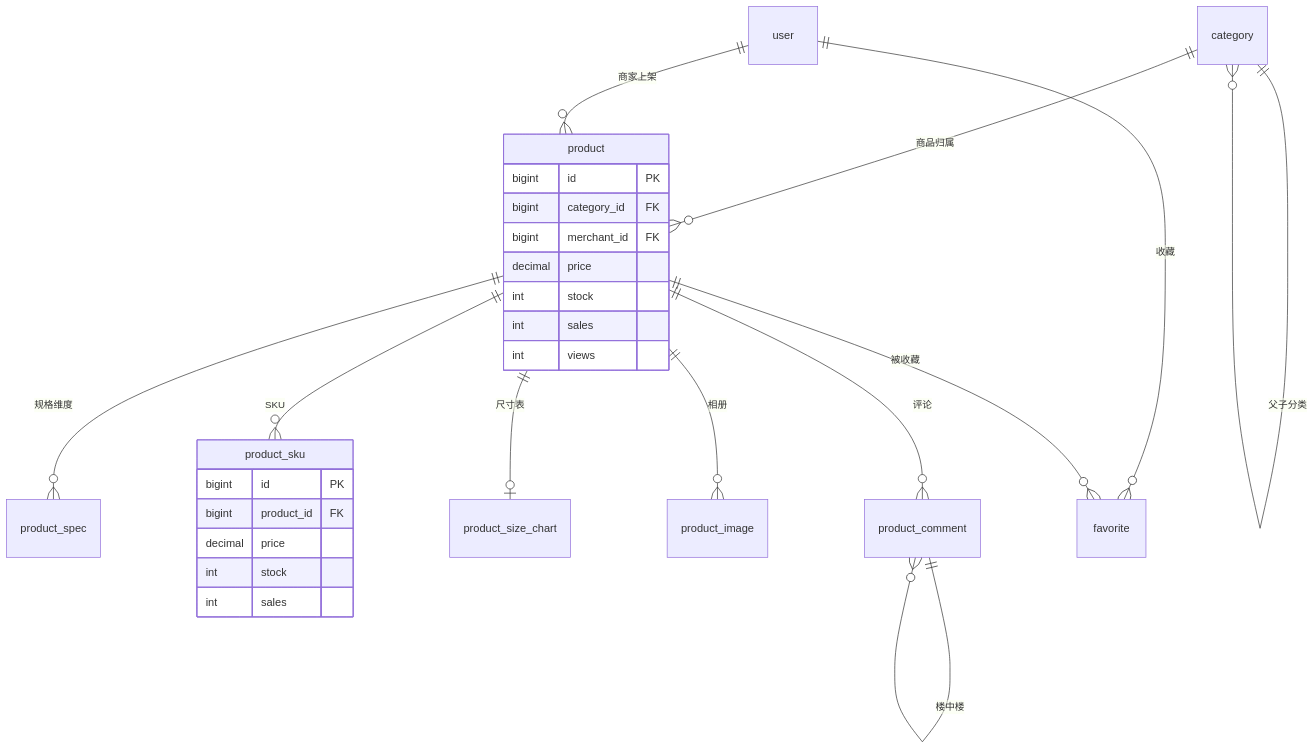
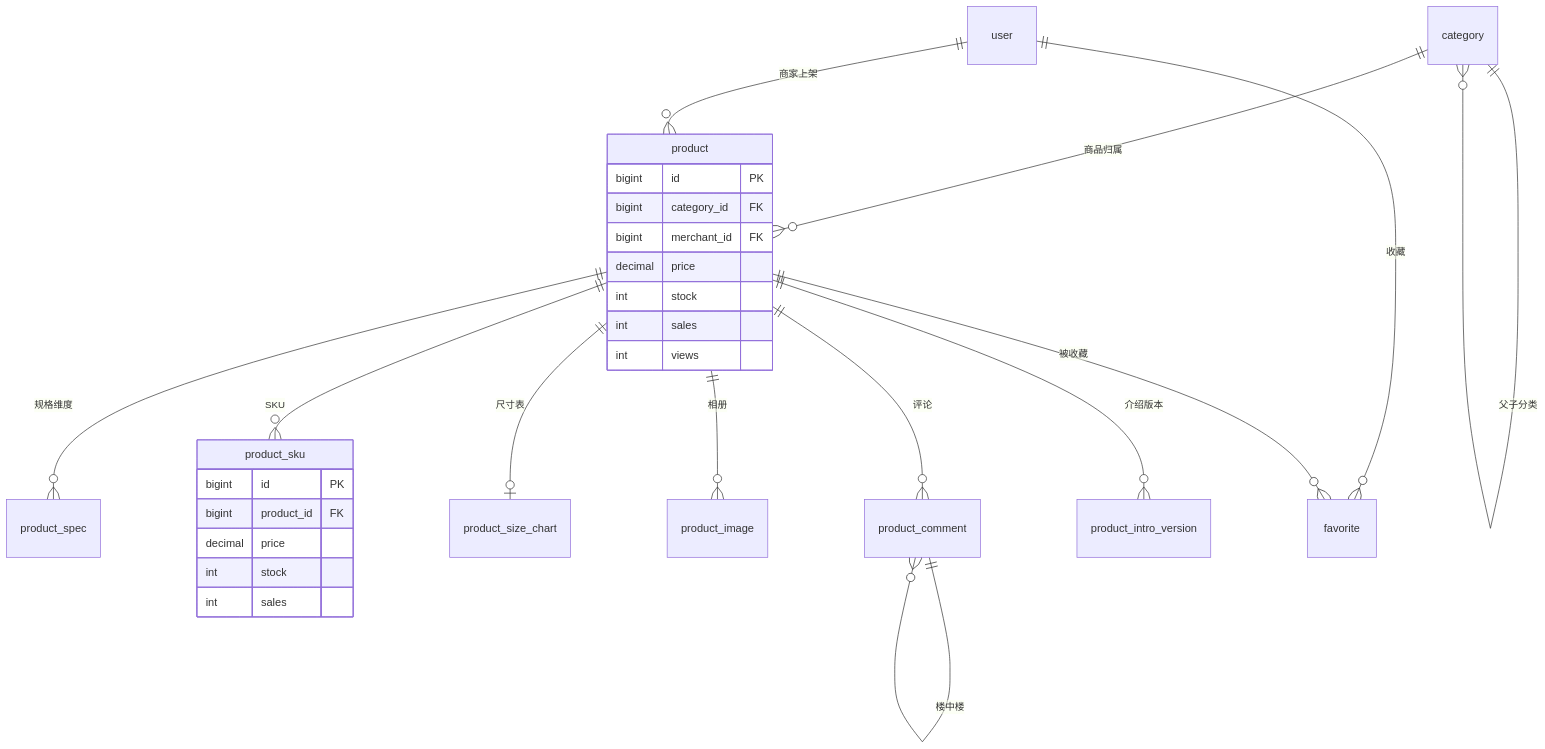
The fourth of 12 diagrams in docs/数据库设计文档.md (shuxinwu718-web/Eshop_front), drawn with Mermaid before and after one commit. The commit also changed other lines of this file and 86 other files, not shown here.

````diff
--- a/docs/数据库设计文档.md
+++ b/docs/数据库设计文档.md
@@ -311,31 +327,32 @@
 ```mermaid
 erDiagram
     category ||--o{ category : "父子分类"
     category ||--o{ product : "商品归属"
     user ||--o{ product : "商家上架"
     product ||--o{ product_spec : "规格维度"
     product ||--o{ product_sku : "SKU"
     product ||--o| product_size_chart : "尺寸表"
     product ||--o{ product_image : "相册"
     product ||--o{ product_comment : "评论"
     product_comment ||--o{ product_comment : "楼中楼"
+    product ||--o{ product_intro_version : "介绍版本"
     user ||--o{ favorite : "收藏"
     product ||--o{ favorite : "被收藏"
 
     product {
         bigint id PK
         bigint category_id FK
         bigint merchant_id FK
         decimal price
         int stock
         int sales
         int views
     }
     product_sku {
         bigint id PK
         bigint product_id FK
         decimal price
         int stock
         int sales
     }
 ```
````
